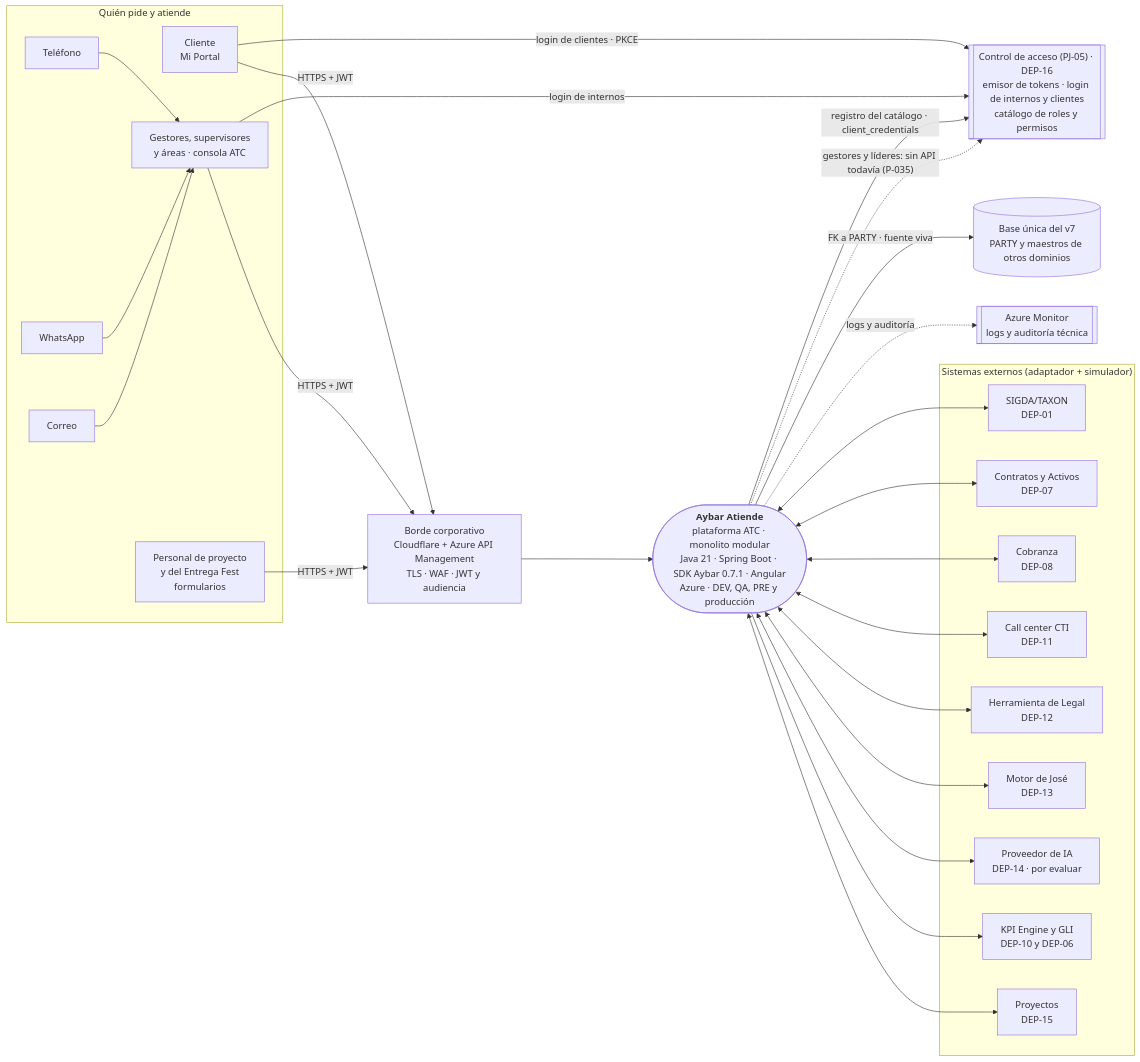
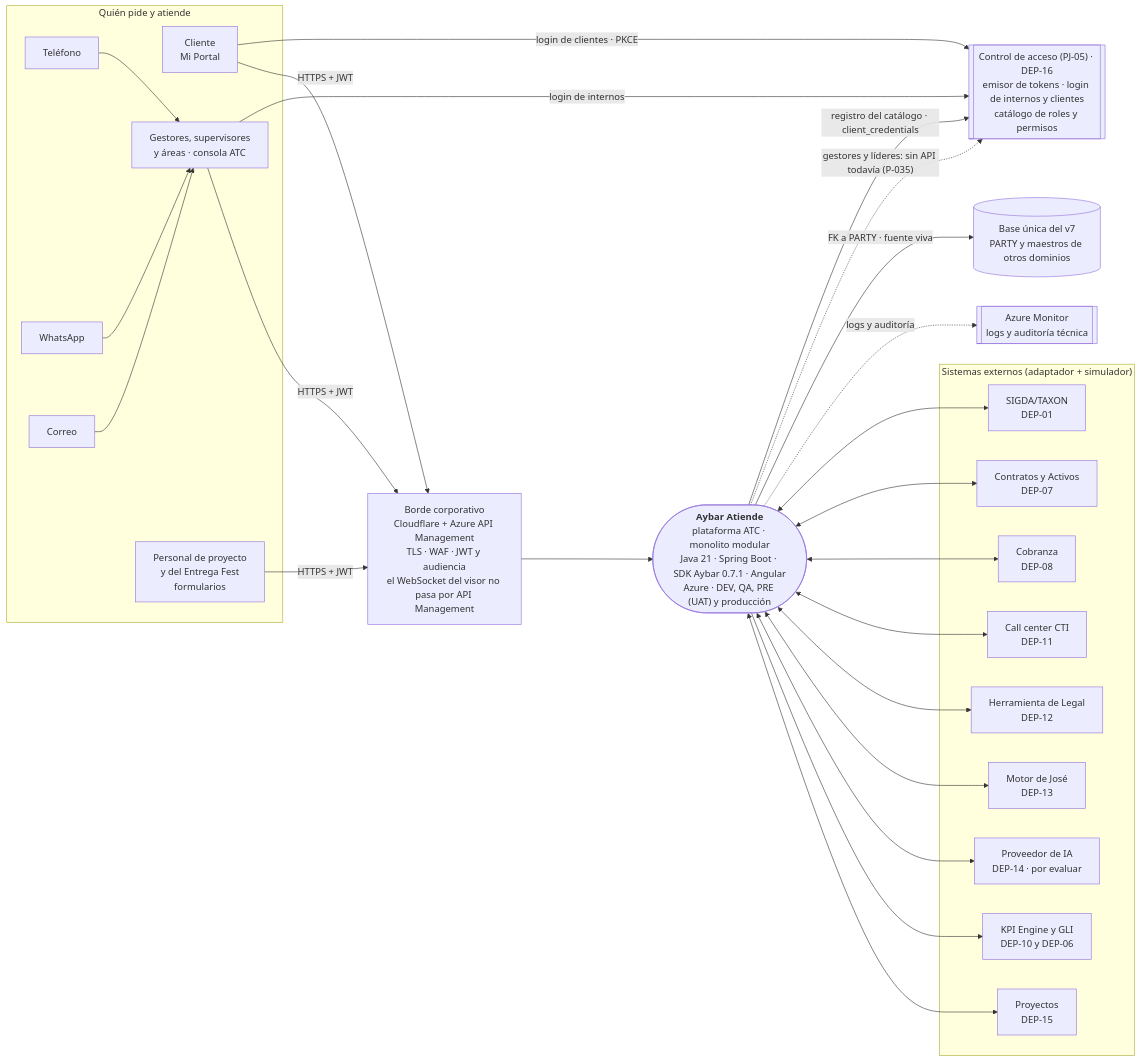
The first of 5 diagrams in propuesta-po/documentacion/paquete-definir-etapa1-v1.3/arquitectura/diagrama-arquitectura.md (michel-poma-huachihuaco/tyc-mockup), drawn with Mermaid before and after one commit. The commit also changed other lines of this file and 54 other files, not shown here.

````diff
--- a/propuesta-po/documentacion/paquete-definir-etapa1-v1.3/arquitectura/diagrama-arquitectura.md
+++ b/propuesta-po/documentacion/paquete-definir-etapa1-v1.3/arquitectura/diagrama-arquitectura.md
@@ -32,49 +32,49 @@
 ```mermaid
 flowchart LR
   subgraph Quien["Quién pide y atiende"]
     tel[Teléfono]
     wa[WhatsApp]
     mail[Correo]
     cli[Cliente<br/>Mi Portal]
     ges[Gestores, supervisores<br/>y áreas · consola ATC]
     obra[Personal de proyecto<br/>y del Entrega Fest<br/>formularios]
   end
-  borde["Borde corporativo<br/>Cloudflare + Azure API Management<br/>TLS · WAF · JWT y audiencia"]
-  atc(["<b>Aybar Atiende</b><br/>plataforma ATC · monolito modular<br/>Java 21 · Spring Boot · SDK Aybar 0.7.1 · Angular<br/>Azure · DEV, QA, PRE y producción"])
+  borde["Borde corporativo<br/>Cloudflare + Azure API Management<br/>TLS · WAF · JWT y audiencia<br/>el WebSocket del visor no pasa por API Management"]
+  atc(["<b>Aybar Atiende</b><br/>plataforma ATC · monolito modular<br/>Java 21 · Spring Boot · SDK Aybar 0.7.1 · Angular<br/>Azure · DEV, QA, PRE (UAT) y producción"])
   ctrl[["Control de acceso (PJ-05) · DEP-16<br/>emisor de tokens · login de internos y clientes<br/>catálogo de roles y permisos"]]
   base[("Base única del v7<br/>PARTY y maestros de otros dominios")]
   mon[["Azure Monitor<br/>logs y auditoría técnica"]]
   subgraph Ext["Sistemas externos (adaptador + simulador)"]
     sigda[SIGDA/TAXON<br/>DEP-01]
     con[Contratos y Activos<br/>DEP-07]
     cob[Cobranza<br/>DEP-08]
     cti[Call center CTI<br/>DEP-11]
     leg[Herramienta de Legal<br/>DEP-12]
     jose[Motor de José<br/>DEP-13]
     ia[Proveedor de IA<br/>DEP-14 · por evaluar]
     kpi[KPI Engine y GLI<br/>DEP-10 y DEP-06]
     proy[Proyectos<br/>DEP-15]
   end
   cli -- "login de clientes · PKCE" --> ctrl
   ges -- "login de internos" --> ctrl
   cli -- "HTTPS + JWT" --> borde
   ges -- "HTTPS + JWT" --> borde
   obra -- "HTTPS + JWT" --> borde
   borde --> atc
   tel --> ges
   wa --> ges
   mail --> ges
   atc -- "registro del catálogo · client_credentials" --> ctrl
   atc -. "gestores y líderes: sin API todavía (P-035)" .-> ctrl
   atc -- "FK a PARTY · fuente viva" --> base
   atc -. "logs y auditoría" .-> mon
   atc <--> sigda
   atc <--> con
   atc <--> cob
   atc <--> cti
   atc <--> leg
   atc <--> jose
   atc <--> ia
   atc --> kpi
   atc <--> proy
 ```
````
